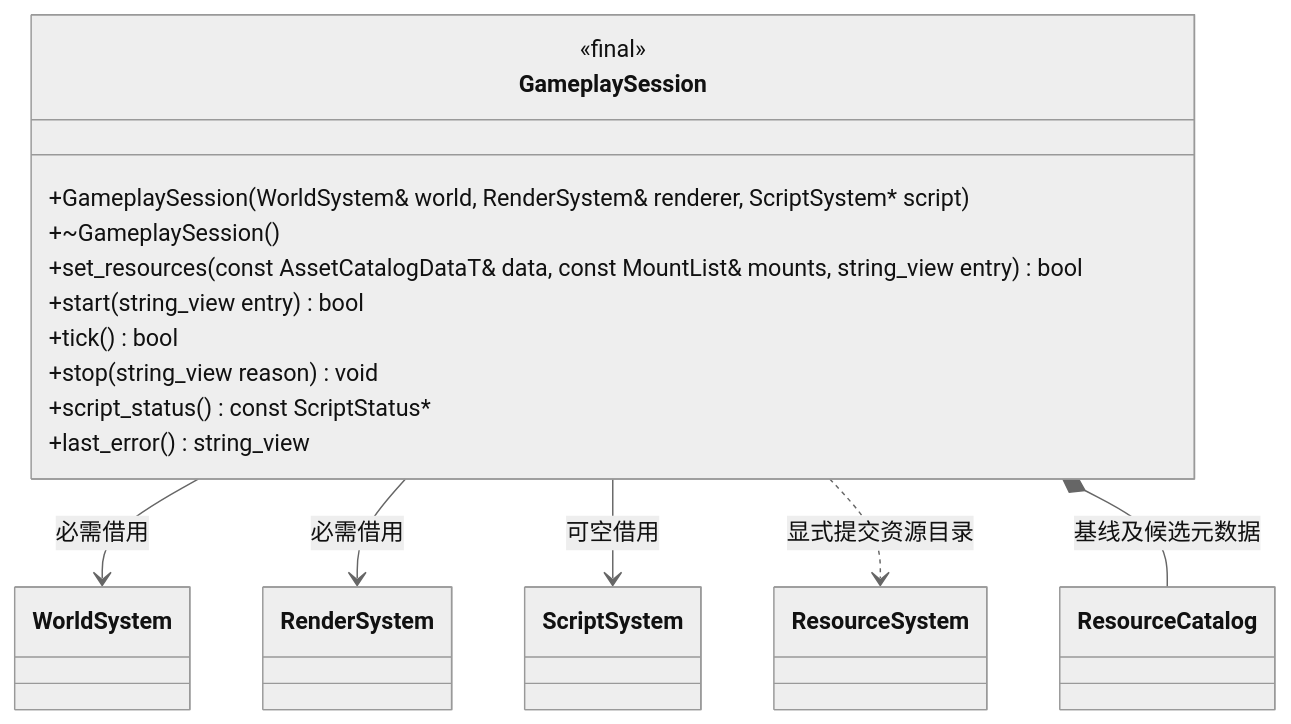
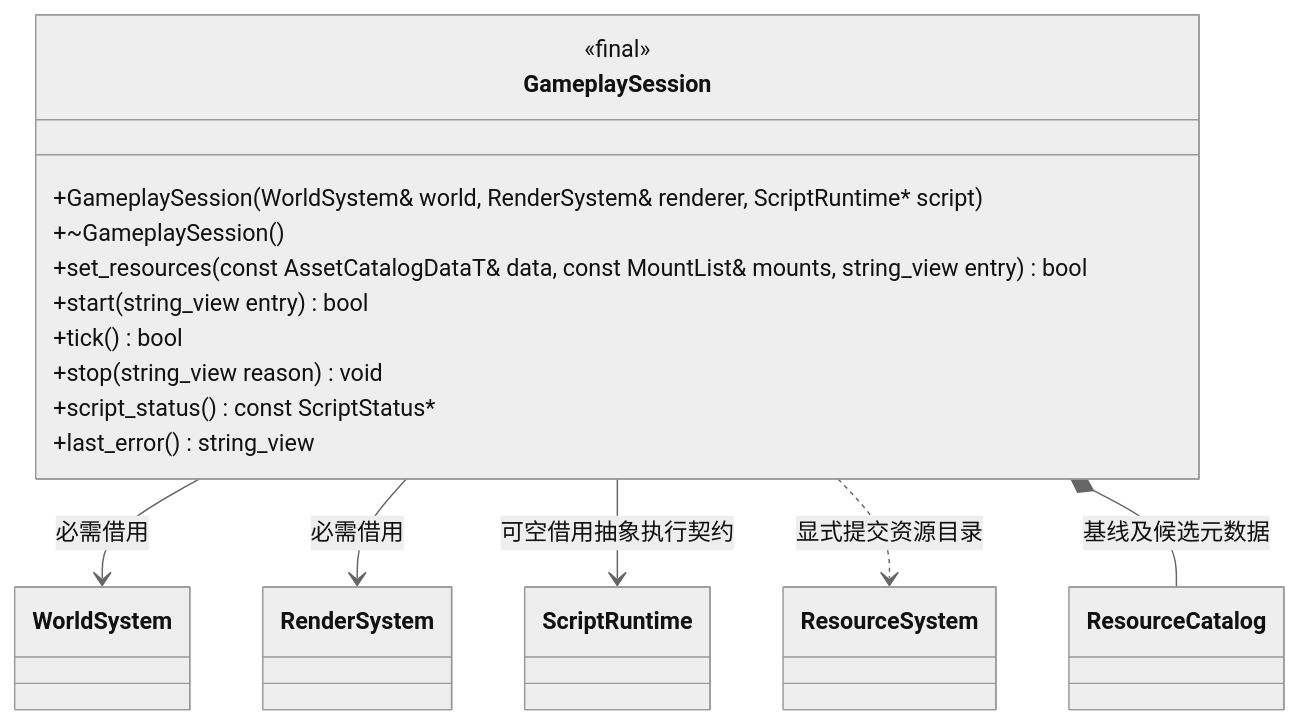
Before and after one commit to lcals/Engine: the first of 2 diagrams in docs/runtime/class-diagrams/gameplay-session.md, drawn with Mermaid (neutral theme). The commit also changed other lines of this file and 188 other files, not shown here.

````diff
--- a/docs/runtime/class-diagrams/gameplay-session.md
+++ b/docs/runtime/class-diagrams/gameplay-session.md
@@ -5,24 +5,24 @@
 ```mermaid
 classDiagram
     class GameplaySession {
         <<final>>
-        +GameplaySession(WorldSystem& world, RenderSystem& renderer, ScriptSystem#42; script)
+        +GameplaySession(WorldSystem& world, RenderSystem& renderer, ScriptRuntime#42; script)
         +~GameplaySession()
         +set_resources(const AssetCatalogDataT& data, const MountList& mounts, string_view entry) bool
         +start(string_view entry) bool
         +tick() bool
         +stop(string_view reason) void
         +script_status() const ScriptStatus#42;
         +last_error() string_view
     }
     class WorldSystem
     class RenderSystem
-    class ScriptSystem
+    class ScriptRuntime
     class ResourceSystem
     class ResourceCatalog
     GameplaySession --> WorldSystem : 必需借用
     GameplaySession --> RenderSystem : 必需借用
-    GameplaySession --> ScriptSystem : 可空借用
+    GameplaySession --> ScriptRuntime : 可空借用抽象执行契约
     GameplaySession ..> ResourceSystem : 显式提交资源目录
     GameplaySession *-- ResourceCatalog : 基线及候选元数据
 ```
````
